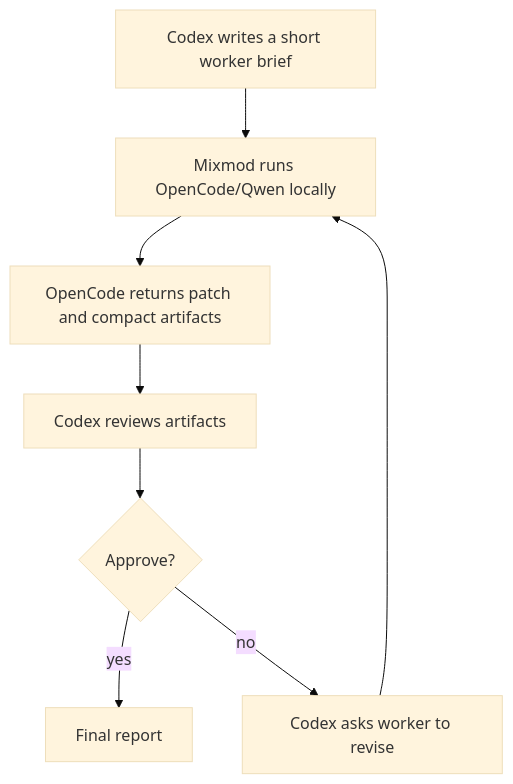
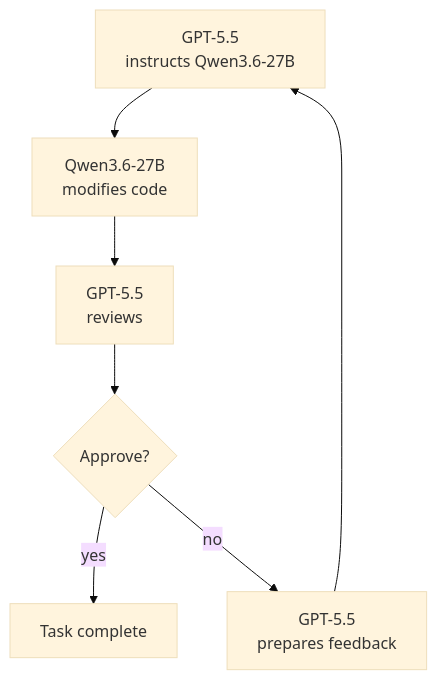
Before and after one commit to rndhouse/mixmod: the diagram in README.md, drawn with Mermaid (base theme). The commit also changed other lines of this file, not shown here.

````diff
--- a/README.md
+++ b/README.md
@@ -13,14 +15,17 @@
 ```mermaid
 flowchart TD
-    A[Codex writes a short worker brief]
-    B[Mixmod runs OpenCode/Qwen locally]
-    C[OpenCode returns patch and compact artifacts]
-    D[Codex reviews artifacts]
+    B[GPT-5.5
+    instructs Qwen3.6-27B]
+    C[Qwen3.6-27B
+    modifies code]
+    D[GPT-5.5
+    reviews]
     E{Approve?}
-    F[Final report]
-    G[Codex asks worker to revise]
+    F[Task complete]
+    G[GPT-5.5
+    prepares feedback]
 
-    A --> B --> C --> D --> E
+    B --> C --> D --> E
     E -->|yes| F
     E -->|no| G --> B
 ```
````
